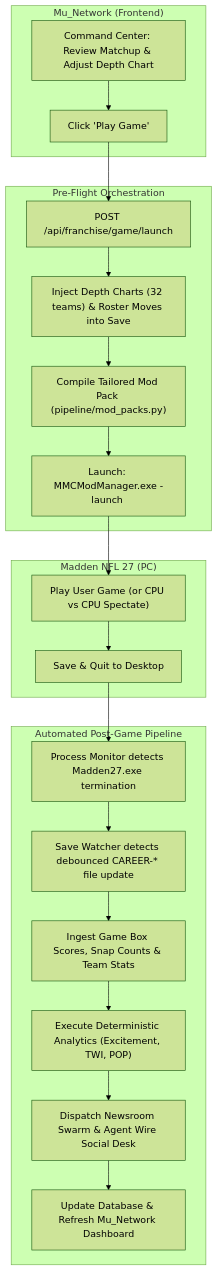
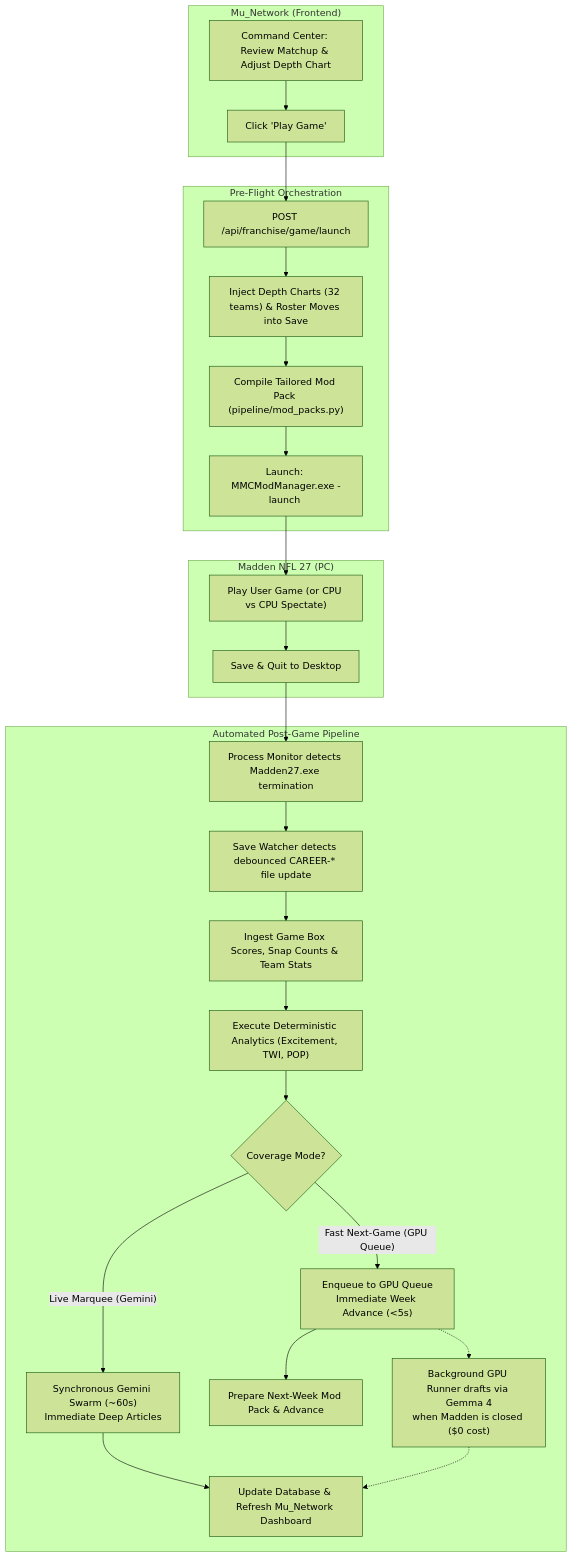
Before and after one commit to jrereyi2000/Project-Mu: the diagram in docs/in_progress/V2_MASTER_PLAN.md, drawn with Mermaid (forest theme). The commit also changed other lines of this file and 2 other files, not shown here.

Commit message:
docs(v2): specify dual-track media pipeline (live marquee vs deferred GPU queue)

````diff
--- a/docs/in_progress/V2_MASTER_PLAN.md
+++ b/docs/in_progress/V2_MASTER_PLAN.md
@@ -183,27 +186,32 @@
 ```mermaid
 flowchart TD
     subgraph Browser ["Mu_Network (Frontend)"]
         A["Command Center: Review Matchup & Adjust Depth Chart"] --> B["Click 'Play Game'"]
     end
 
     subgraph Pre_Flight ["Pre-Flight Orchestration"]
         B --> C["POST /api/franchise/game/launch"]
         C --> D["Inject Depth Charts (32 teams) & Roster Moves into Save"]
         D --> E["Compile Tailored Mod Pack (pipeline/mod_packs.py)"]
         E --> F["Launch: MMCModManager.exe -launch <pack>"]
     end
 
     subgraph Madden_Game ["Madden NFL 27 (PC)"]
         F --> G["Play User Game (or CPU vs CPU Spectate)"]
         G --> H["Save & Quit to Desktop"]
     end
 
     subgraph Post_Game ["Automated Post-Game Pipeline"]
         H --> I["Process Monitor detects Madden27.exe termination"]
         I --> J["Save Watcher detects debounced CAREER-* file update"]
         J --> K["Ingest Game Box Scores, Snap Counts & Team Stats"]
         K --> L["Execute Deterministic Analytics (Excitement, TWI, POP)"]
-        L --> M["Dispatch Newsroom Swarm & Agent Wire Social Desk"]
-        M --> N["Update Database & Refresh Mu_Network Dashboard"]
+        L --> Decision{"Coverage Mode?"}
+        Decision -- "Live Marquee (Gemini)" --> M1["Synchronous Gemini Swarm (~60s)<br/>Immediate Deep Articles"]
+        Decision -- "Fast Next-Game (GPU Queue)" --> M2["Enqueue to GPU Queue<br/>Immediate Week Advance (<5s)"]
+        M1 --> N["Update Database & Refresh Mu_Network Dashboard"]
+        M2 --> O["Prepare Next-Week Mod Pack & Advance"]
+        M2 -.-> P["Background GPU Runner drafts via Gemma 4<br/>when Madden is closed ($0 cost)"]
+        P -.-> N
     end
 ```
````
